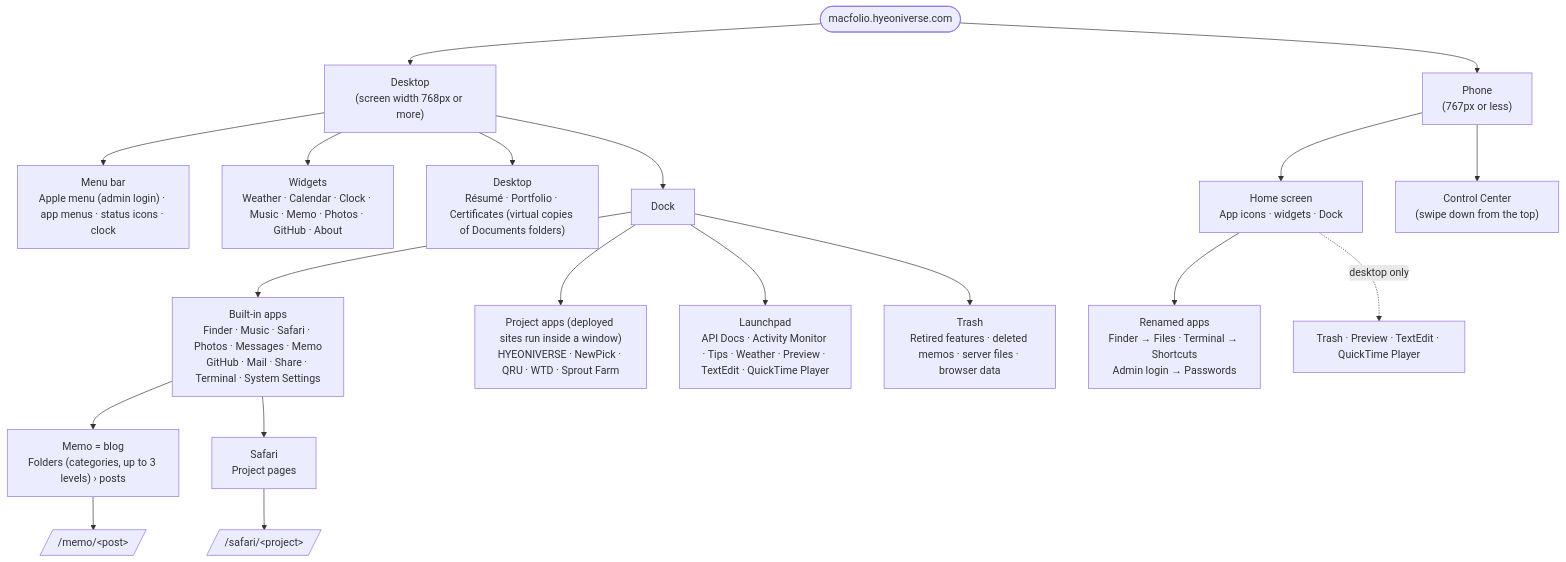
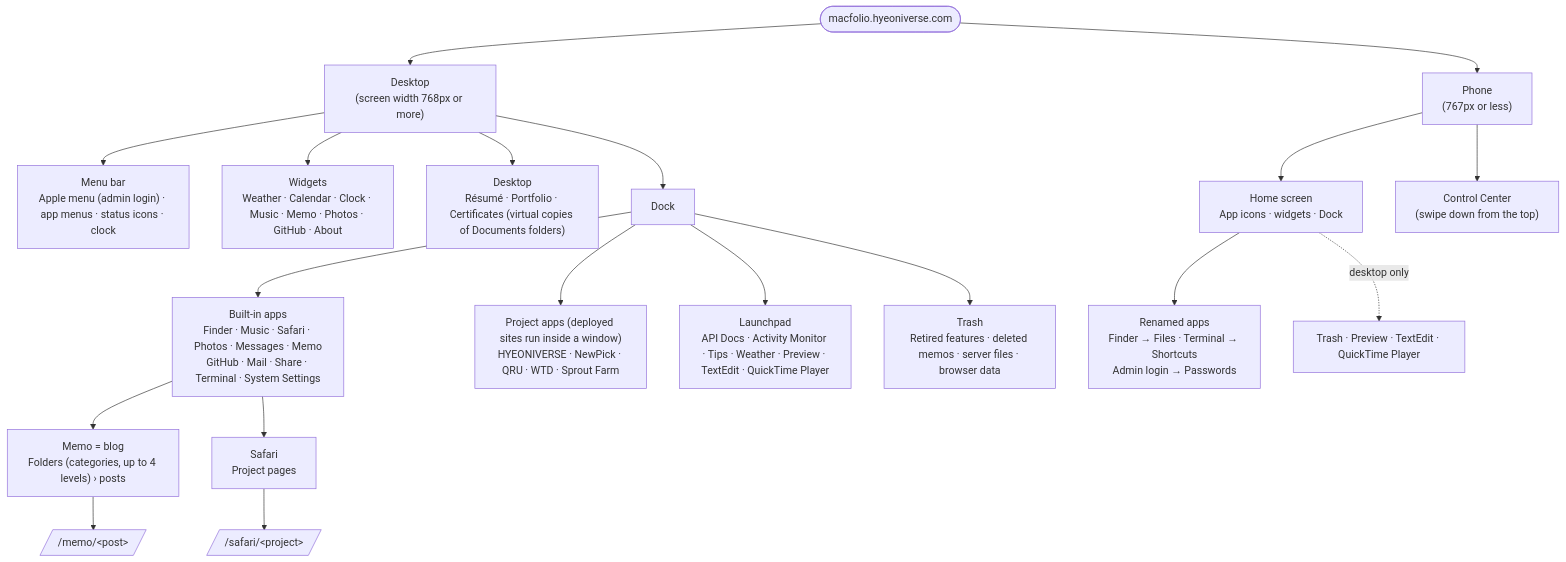
The first of 5 diagrams in README.en.md (hyeoniverse/MacFolio), drawn with Mermaid before and after one commit. The commit also changed 12 other files, not shown here.

````diff
--- a/README.en.md
+++ b/README.en.md
@@ -209,25 +209,25 @@
 ```mermaid
 flowchart TB
     site(["macfolio.hyeoniverse.com"])
     site --> desktop["Desktop<br/>(screen width 768px or more)"]
     site --> mobile["Phone<br/>(767px or less)"]
 
     desktop --> menubar["Menu bar<br/>Apple menu (admin login) · app menus · status icons · clock"]
     desktop --> widgets["Widgets<br/>Weather · Calendar · Clock · Music · Memo · Photos · GitHub · About"]
     desktop --> icons["Desktop<br/>Résumé · Portfolio · Certificates (virtual copies of Documents folders)"]
     desktop --> dock["Dock"]
     dock --> builtin["Built-in apps<br/>Finder · Music · Safari · Photos · Messages · Memo<br/>GitHub · Mail · Share · Terminal · System Settings"]
     dock --> projects["Project apps (deployed sites run inside a window)<br/>HYEONIVERSE · NewPick · QRU · WTD · Sprout Farm"]
     dock --> launchpad["Launchpad<br/>API Docs · Activity Monitor · Tips · Weather · Preview · TextEdit · QuickTime Player"]
     dock --> bin["Trash<br/>Retired features · deleted memos · server files · browser data"]
 
     mobile --> home["Home screen<br/>App icons · widgets · Dock"]
     mobile --> control["Control Center<br/>(swipe down from the top)"]
     home --> renamed["Renamed apps<br/>Finder → Files · Terminal → Shortcuts<br/>Admin login → Passwords"]
     home -. "desktop only" .-> desktoponly["Trash · Preview · TextEdit · QuickTime Player"]
 
-    builtin --> memo["Memo = blog<br/>Folders (categories, up to 3 levels) › posts"]
+    builtin --> memo["Memo = blog<br/>Folders (categories, up to 4 levels) › posts"]
     builtin --> safari["Safari<br/>Project pages"]
     memo --> memoUrl[/"/memo/&lt;post&gt;"/]
     safari --> safariUrl[/"/safari/&lt;project&gt;"/]
 ```
````
